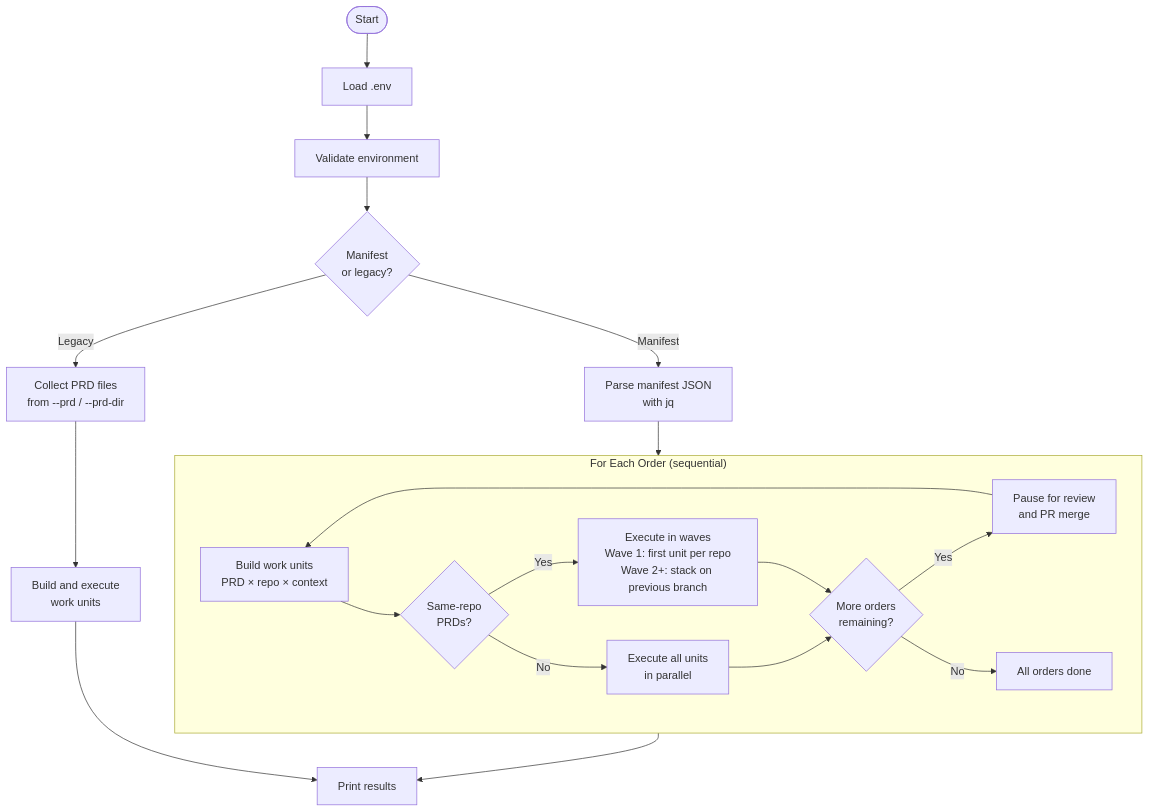
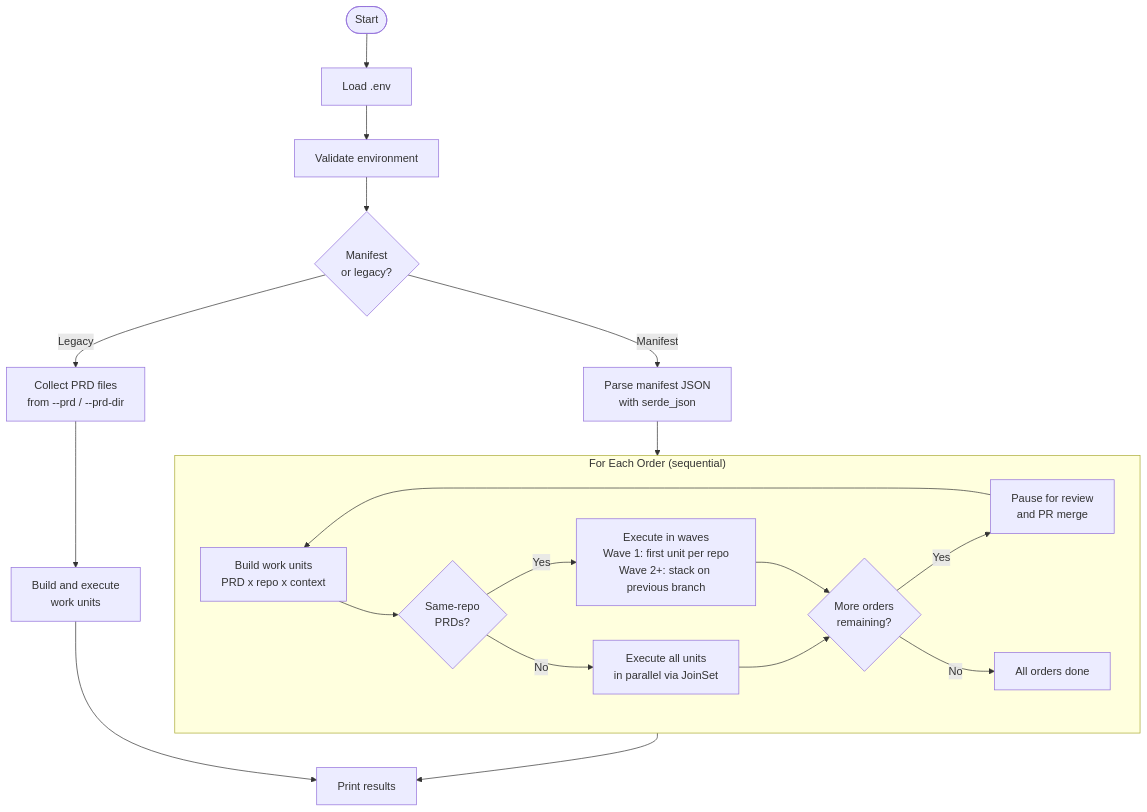
Before and after one commit to delehner/wisp: the fourth of 8 diagrams in docs/pipeline-overview.md, drawn with Mermaid. The commit also changed other lines of this file and 53 other files, not shown here.

````diff
--- a/docs/pipeline-overview.md
+++ b/docs/pipeline-overview.md
@@ -148,28 +152,28 @@
 ```mermaid
 flowchart TD
     Start([Start]) --> LoadEnv[Load .env]
     LoadEnv --> Validate[Validate environment]
     Validate --> Mode{Manifest\nor legacy?}
 
-    Mode -->|Manifest| ParseManifest[Parse manifest JSON\nwith jq]
+    Mode -->|Manifest| ParseManifest[Parse manifest JSON\nwith serde_json]
     Mode -->|Legacy| CollectPRDs[Collect PRD files\nfrom --prd / --prd-dir]
 
     ParseManifest --> OrderLoop
 
     subgraph OrderLoop["For Each Order (sequential)"]
-        BuildUnits[Build work units\nPRD × repo × context]
+        BuildUnits[Build work units\nPRD x repo x context]
         BuildUnits --> SameRepo{Same-repo\nPRDs?}
-        SameRepo -->|No| Execute[Execute all units\nin parallel]
+        SameRepo -->|No| Execute[Execute all units\nin parallel via JoinSet]
         SameRepo -->|Yes| Waves["Execute in waves\nWave 1: first unit per repo\nWave 2+: stack on previous branch"]
         Execute --> Pause{More orders\nremaining?}
         Waves --> Pause
         Pause -->|Yes| Prompt[Pause for review\nand PR merge]
         Prompt --> BuildUnits
         Pause -->|No| OrderDone[All orders done]
     end
 
     CollectPRDs --> LegacyExec[Build and execute\nwork units]
 
     OrderLoop --> Summary[Print results]
     LegacyExec --> Summary
 ```
````
